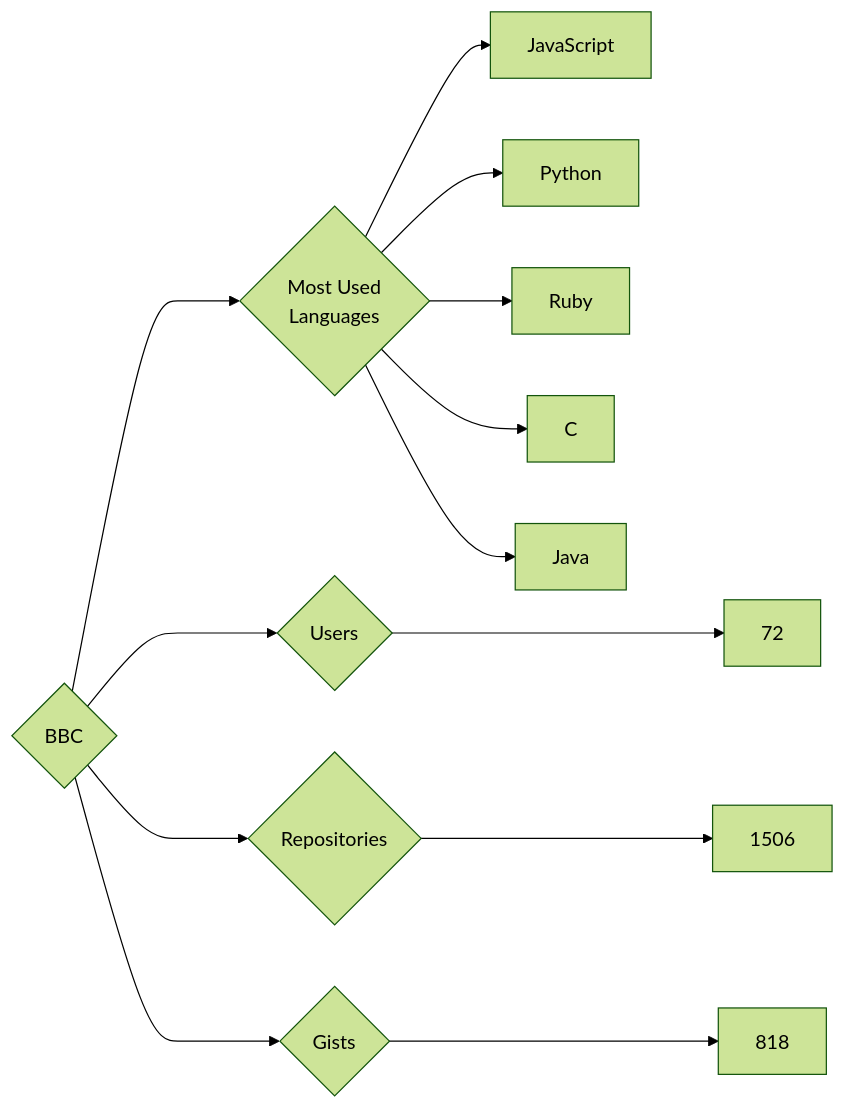
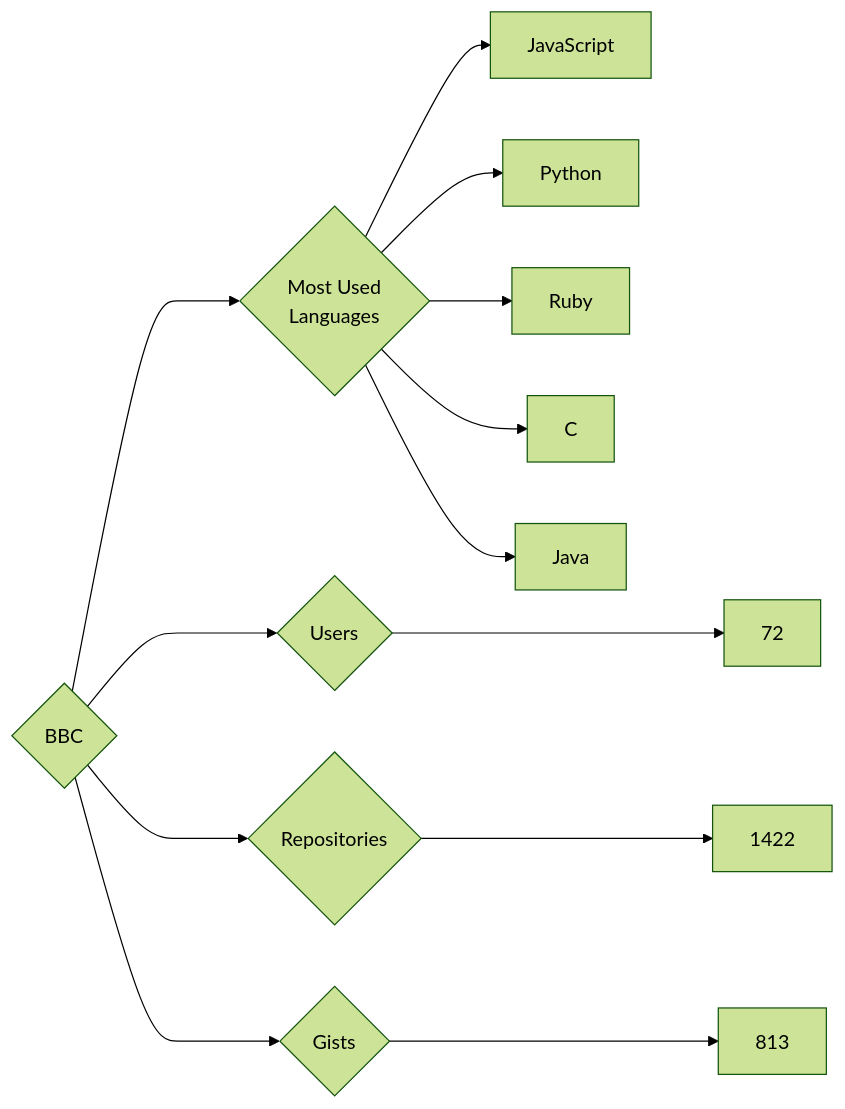
Before and after one commit to trickest/insiders: the diagram in targets/BBC/README.md, drawn with Mermaid (forest theme). The commit also changed 681 other files, not shown here.

````diff
--- a/targets/BBC/README.md
+++ b/targets/BBC/README.md
@@ -3,13 +3,13 @@
 ```mermaid
 graph LR
 COMPANY_NAME{BBC}
 COMPANY_NAME ---> U{Users} ---> UN[72]
-COMPANY_NAME ---> R{Repositories} ---> RN[1506]
-COMPANY_NAME ---> G{Gists} ---> GN[818]
+COMPANY_NAME ---> R{Repositories} ---> RN[1422]
+COMPANY_NAME ---> G{Gists} ---> GN[813]
 COMPANY_NAME ---> ML{Most Used<br>Languages}
 ML --> JavaScript[JavaScript]
 ML --> Python[Python]
 ML --> Ruby[Ruby]
 ML --> C[C]
 ML --> Java[Java]
 ```
````
